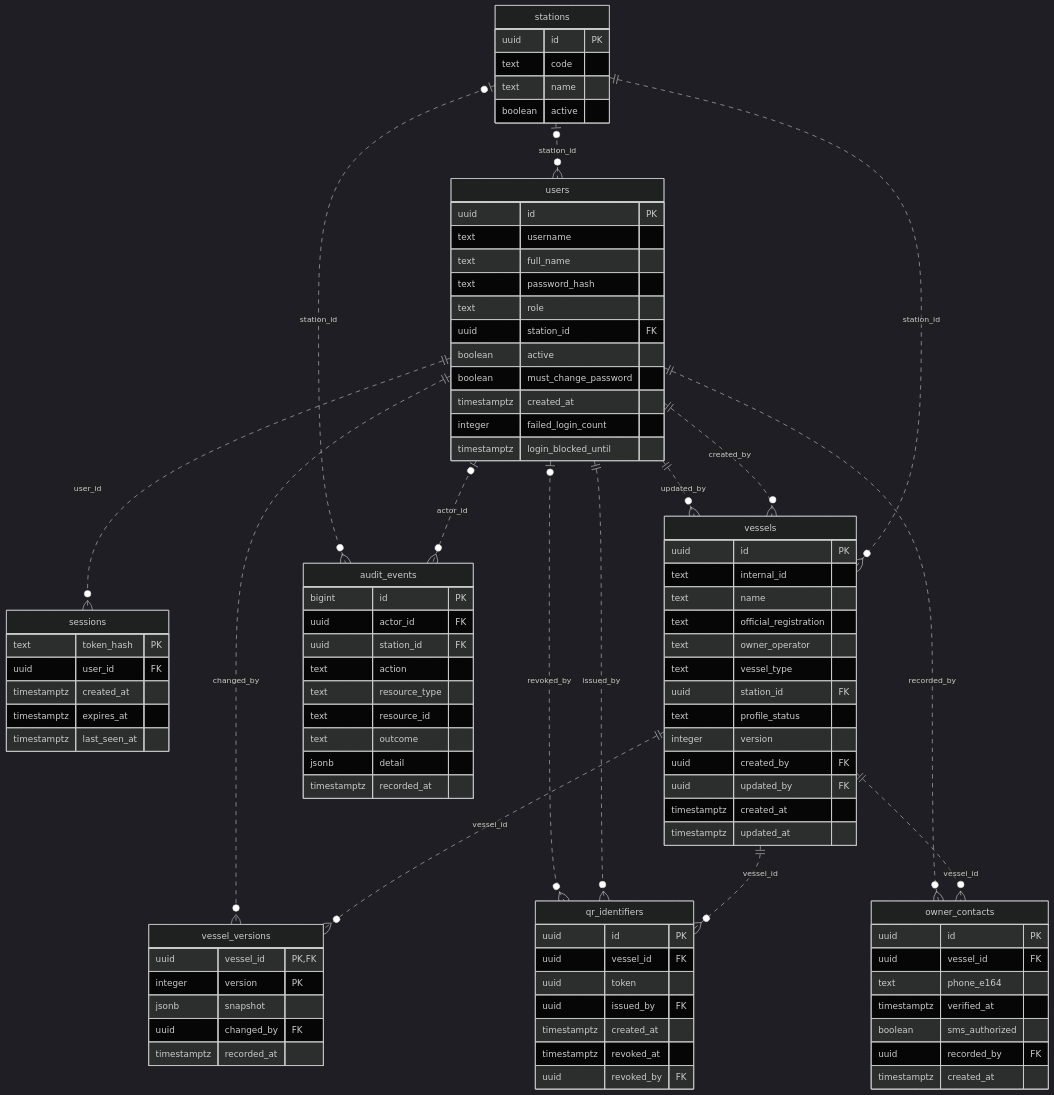
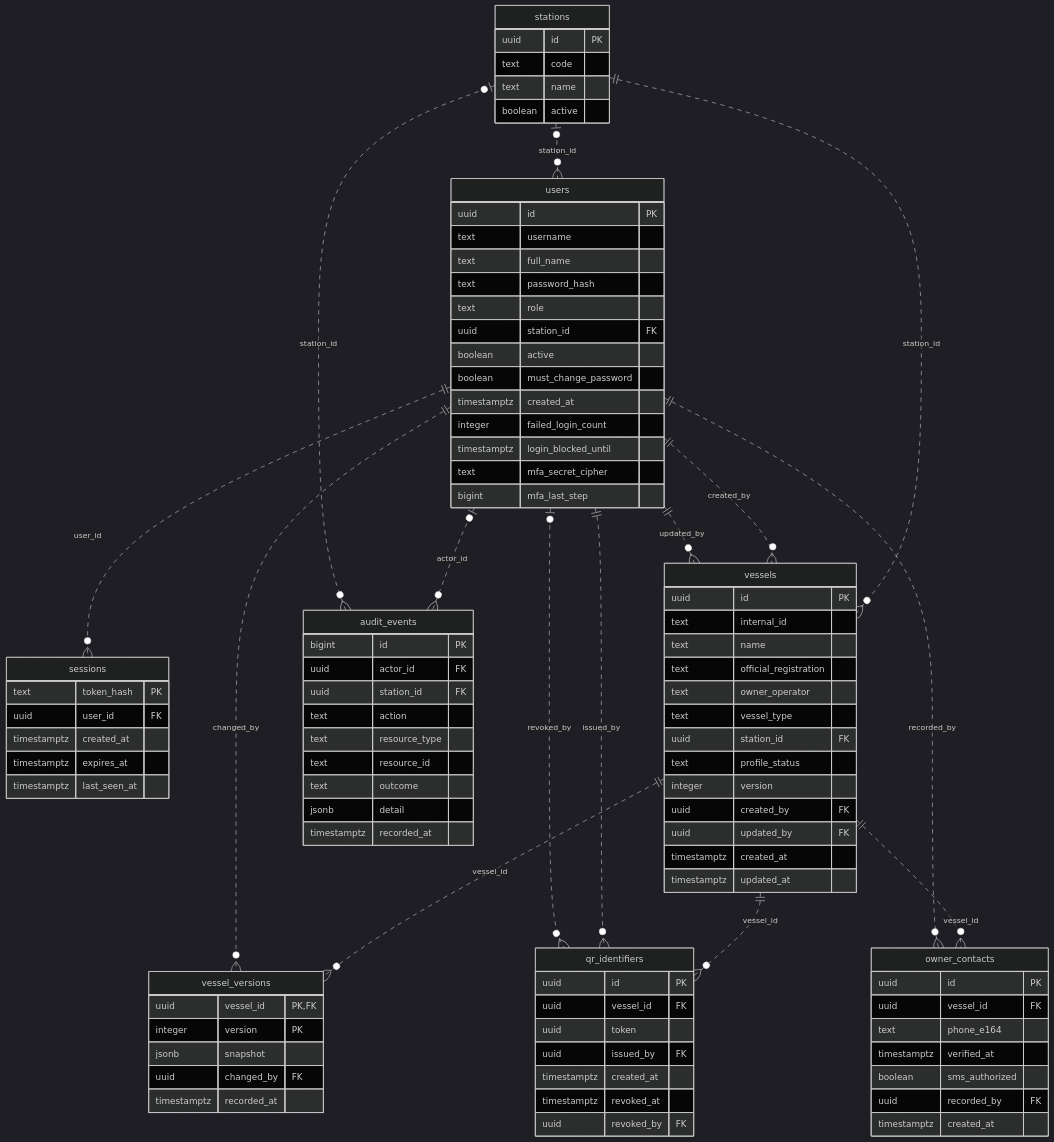
The first of 4 diagrams in docs/ERD_V2.md (Ruzz-1010/MPGE-PCG-SYSTEM), drawn with Mermaid (dark theme) before and after one commit. The commit also changed 17 other files, not shown here.

```diff
--- a/docs/ERD_V2.md
+++ b/docs/ERD_V2.md
@@ -24,6 +24,8 @@
         timestamptz created_at
         integer failed_login_count
         timestamptz login_blocked_until
+        text mfa_secret_cipher
+        bigint mfa_last_step
     }
     sessions {
         text token_hash PK
```
